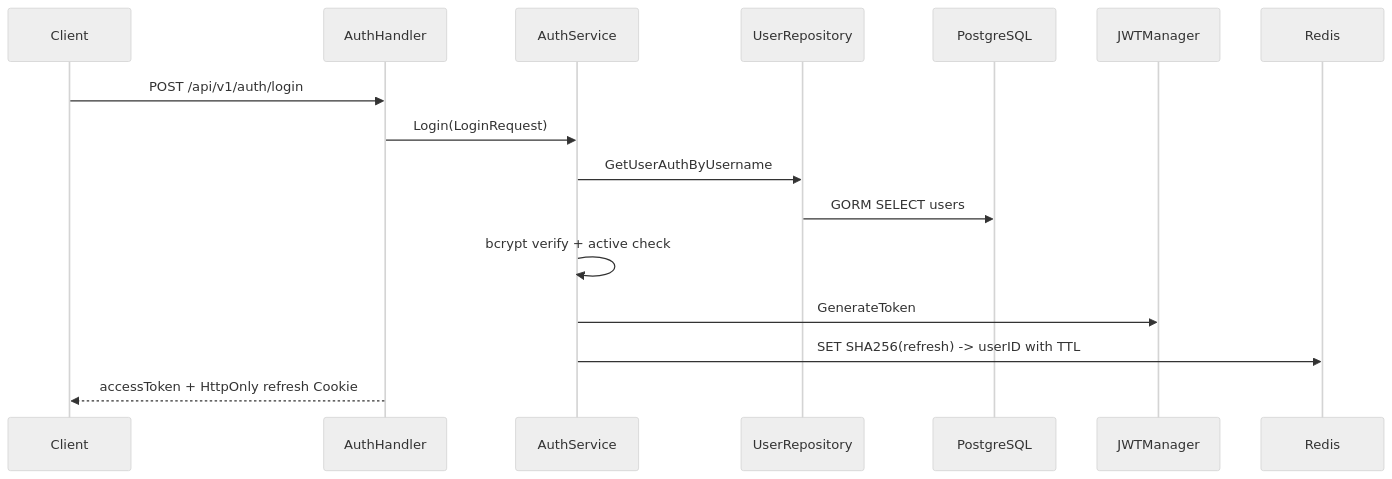
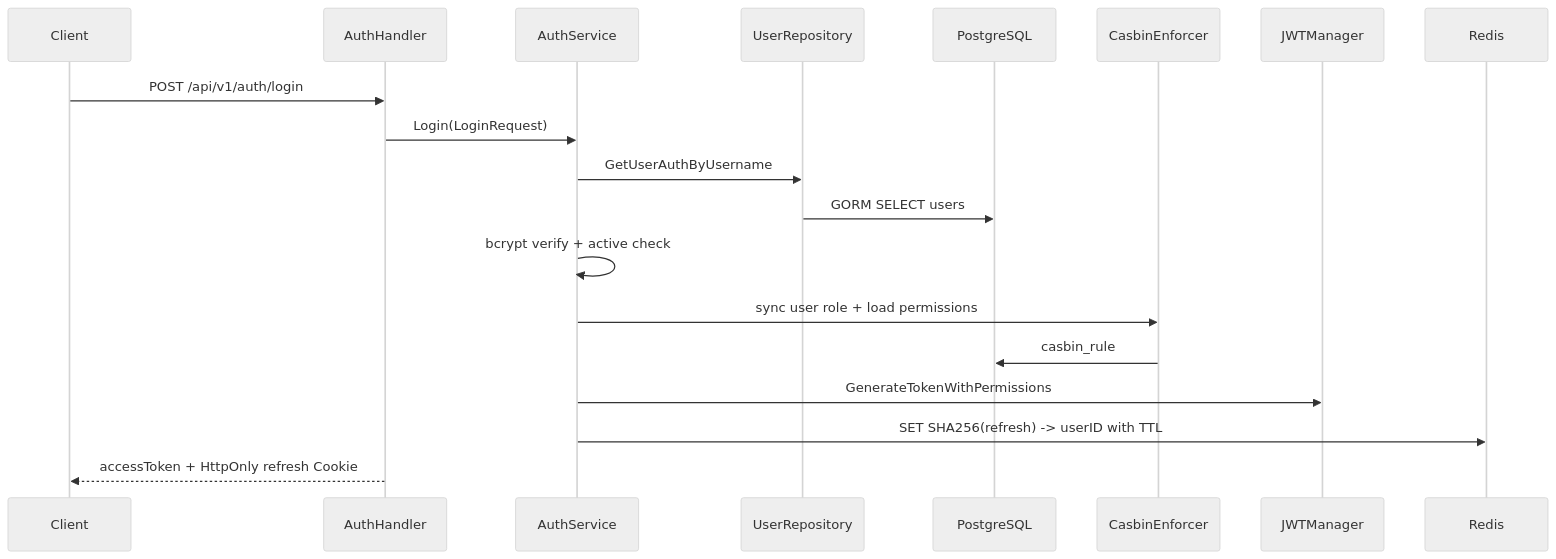
The second of 4 diagrams in ARCHITECTURE.md (DWHuang99/erent), drawn with Mermaid (neutral theme) before and after one commit. The commit also changed other lines of this file and 54 other files, not shown here.

````diff
--- a/ARCHITECTURE.md
+++ b/ARCHITECTURE.md
@@ -51,19 +62,22 @@
 ```mermaid
 sequenceDiagram
     participant C as Client
     participant H as AuthHandler
     participant S as AuthService
     participant U as UserRepository
     participant P as PostgreSQL
+    participant E as CasbinEnforcer
     participant J as JWTManager
     participant R as Redis
 
     C->>H: POST /api/v1/auth/login
     H->>S: Login(LoginRequest)
     S->>U: GetUserAuthByUsername
     U->>P: GORM SELECT users
     S->>S: bcrypt verify + active check
-    S->>J: GenerateToken
+    S->>E: sync user role + load permissions
+    E->>P: casbin_rule
+    S->>J: GenerateTokenWithPermissions
     S->>R: SET SHA256(refresh) -> userID with TTL
     H-->>C: accessToken + HttpOnly refresh Cookie
 ```
````
